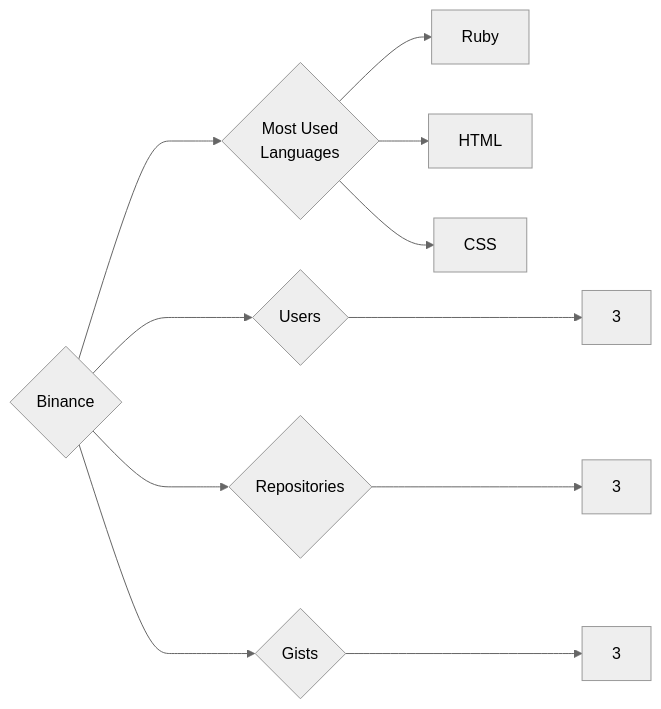
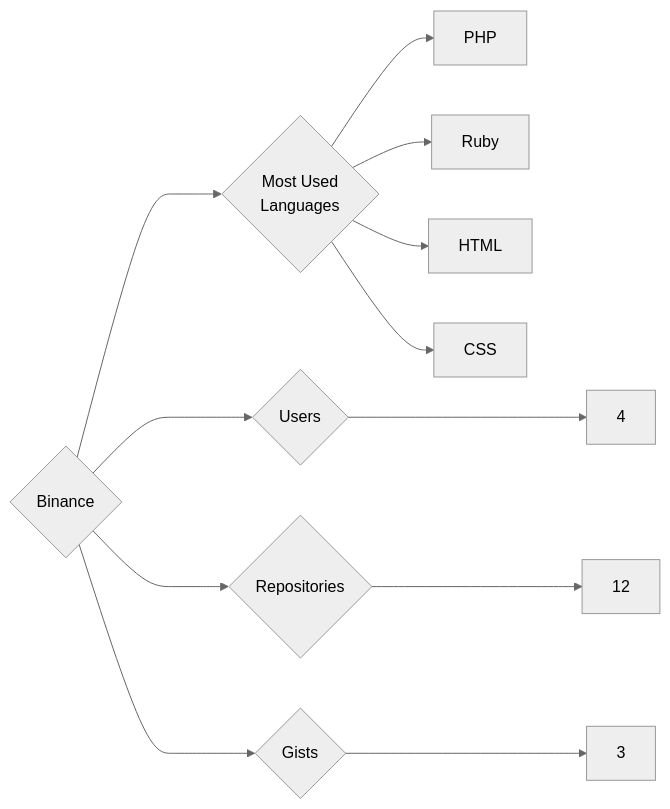
One commit to trickest/insiders changed the diagram in targets/Binance/README.md. Above: the diagram before and after it, drawn with Mermaid (neutral theme). The commit also changed 912 other files, not shown here.

````diff
--- a/targets/Binance/README.md
+++ b/targets/Binance/README.md
@@ -3,11 +3,12 @@
 ```mermaid
 graph LR
 COMPANY_NAME{Binance}
-COMPANY_NAME ---> U{Users} ---> UN[3]
-COMPANY_NAME ---> R{Repositories} ---> RN[3]
+COMPANY_NAME ---> U{Users} ---> UN[4]
+COMPANY_NAME ---> R{Repositories} ---> RN[12]
 COMPANY_NAME ---> G{Gists} ---> GN[3]
 COMPANY_NAME ---> ML{Most Used<br>Languages}
+ML --> PHP[PHP]
 ML --> Ruby[Ruby]
 ML --> HTML[HTML]
 ML --> CSS[CSS]
 ```
````
